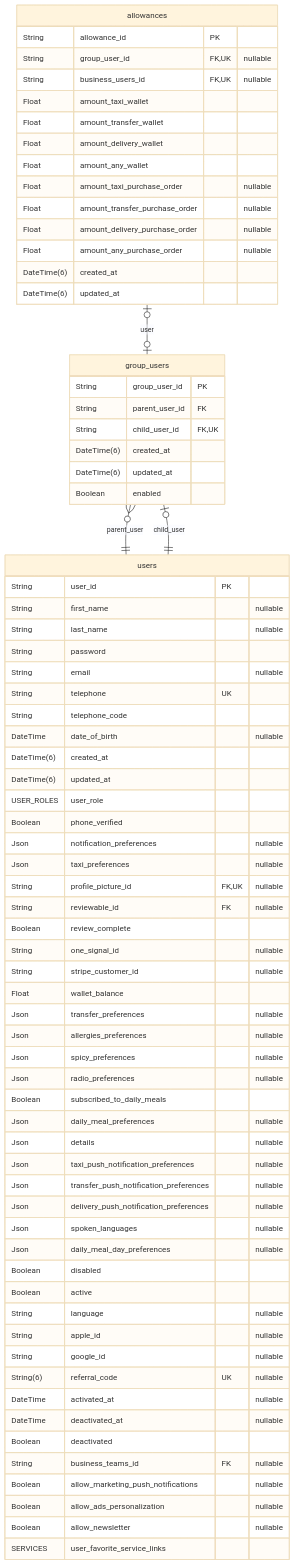
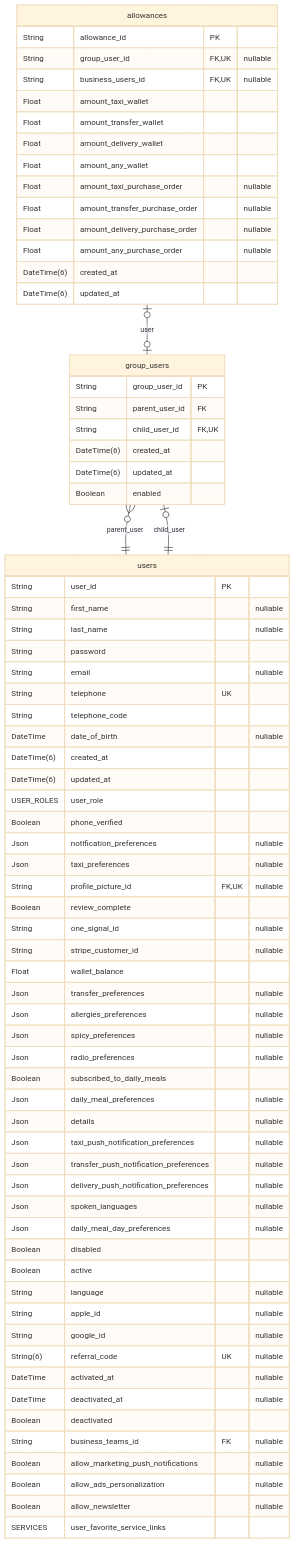
The third of 42 diagrams in prisma/schemas/ERD.md (pbozic/be-analyisis), drawn with Mermaid (base theme) before and after one commit. The commit also changed other lines of this file and 13 other files, not shown here.

````diff
--- a/prisma/schemas/ERD.md
+++ b/prisma/schemas/ERD.md
@@ -217,77 +217,76 @@
 ```mermaid
 erDiagram
 "allowances" {
   String allowance_id PK
   String group_user_id FK,UK "nullable"
   String business_users_id FK,UK "nullable"
   Float amount_taxi_wallet
   Float amount_transfer_wallet
   Float amount_delivery_wallet
   Float amount_any_wallet
   Float amount_taxi_purchase_order "nullable"
   Float amount_transfer_purchase_order "nullable"
   Float amount_delivery_purchase_order "nullable"
   Float amount_any_purchase_order "nullable"
   DateTime(6) created_at
   DateTime(6) updated_at
 }
 "group_users" {
   String group_user_id PK
   String parent_user_id FK
   String child_user_id FK,UK
   DateTime(6) created_at
   DateTime(6) updated_at
   Boolean enabled
 }
 "users" {
   String user_id PK
   String first_name "nullable"
   String last_name "nullable"
   String password
   String email "nullable"
   String telephone UK
   String telephone_code
   DateTime date_of_birth "nullable"
   DateTime(6) created_at
   DateTime(6) updated_at
   USER_ROLES user_role
   Boolean phone_verified
   Json notification_preferences "nullable"
   Json taxi_preferences "nullable"
   String profile_picture_id FK,UK "nullable"
-  String reviewable_id FK "nullable"
   Boolean review_complete
   String one_signal_id "nullable"
   String stripe_customer_id "nullable"
   Float wallet_balance
   Json transfer_preferences "nullable"
   Json allergies_preferences "nullable"
   Json spicy_preferences "nullable"
   Json radio_preferences "nullable"
   Boolean subscribed_to_daily_meals
   Json daily_meal_preferences "nullable"
   Json details "nullable"
   Json taxi_push_notification_preferences "nullable"
   Json transfer_push_notification_preferences "nullable"
   Json delivery_push_notification_preferences "nullable"
   Json spoken_languages "nullable"
   Json daily_meal_day_preferences "nullable"
   Boolean disabled
   Boolean active
   String language "nullable"
   String apple_id "nullable"
   String google_id "nullable"
   String(6) referral_code UK "nullable"
   DateTime activated_at "nullable"
   DateTime deactivated_at "nullable"
   Boolean deactivated
   String business_teams_id FK "nullable"
   Boolean allow_marketing_push_notifications "nullable"
   Boolean allow_ads_personalization "nullable"
   Boolean allow_newsletter "nullable"
   SERVICES user_favorite_service_links
 }
 "allowances" |o--o| "group_users" : user
 "group_users" }o--|| "users" : parent_user
 "group_users" |o--|| "users" : child_user
 ```
````
